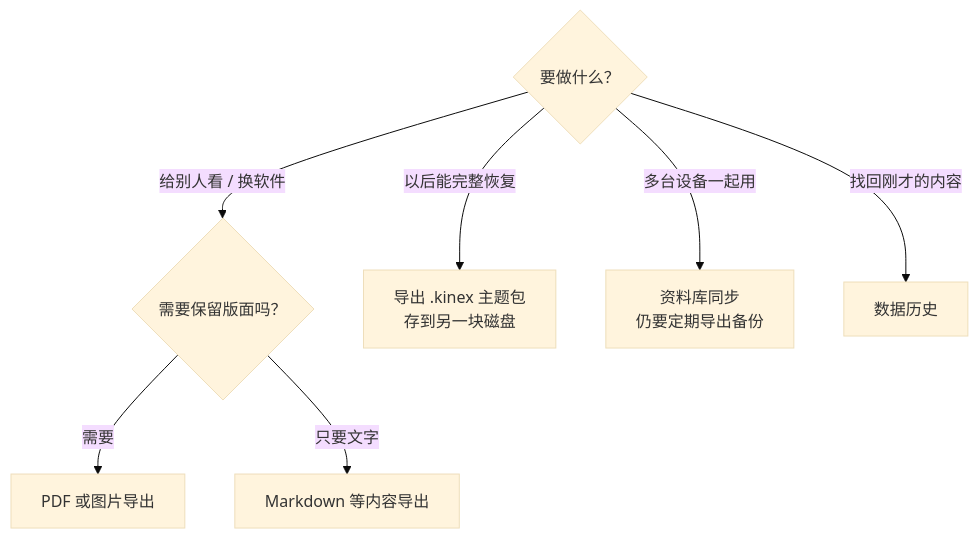
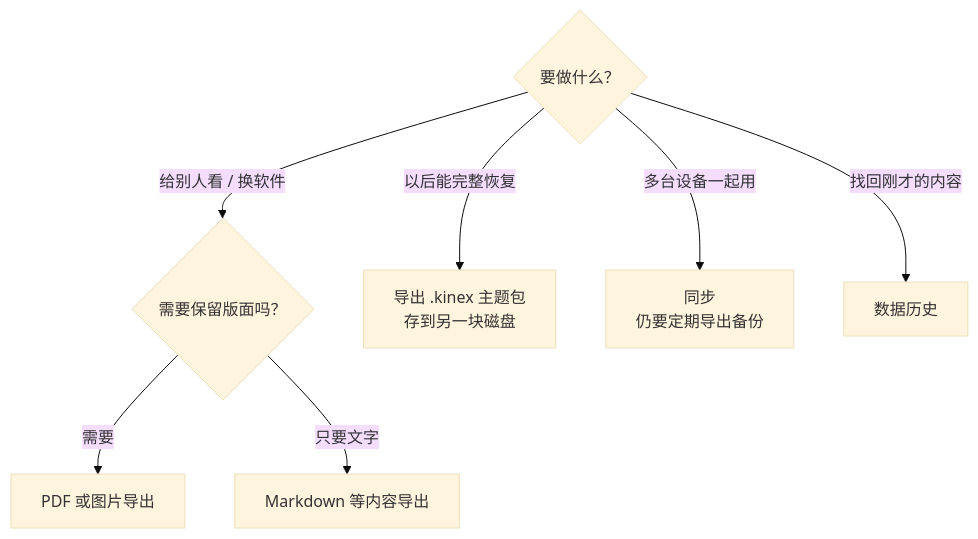
One commit to C21H21NO2S/kinex-site changed diagram 18 of 23 in guide/zh.md. Above: the diagram before and after it, drawn with Mermaid (base theme). The commit also changed other lines of this file and 4 other files, not shown here.

````diff
--- a/guide/zh.md
+++ b/guide/zh.md
@@ -1084,9 +1145,9 @@
 ```mermaid
 flowchart TD
     A{"要做什么？"} -->|给别人看 / 换软件| B{"需要保留版面吗？"}
     B -->|需要| C["PDF 或图片导出"]
     B -->|只要文字| D["Markdown 等内容导出"]
     A -->|以后能完整恢复| E["导出 .kinex 主题包<br/>存到另一块磁盘"]
-    A -->|多台设备一起用| F["资料库同步<br/>仍要定期导出备份"]
+    A -->|多台设备一起用| F["同步<br/>仍要定期导出备份"]
     A -->|找回刚才的内容| G["数据历史"]
 ```
````
